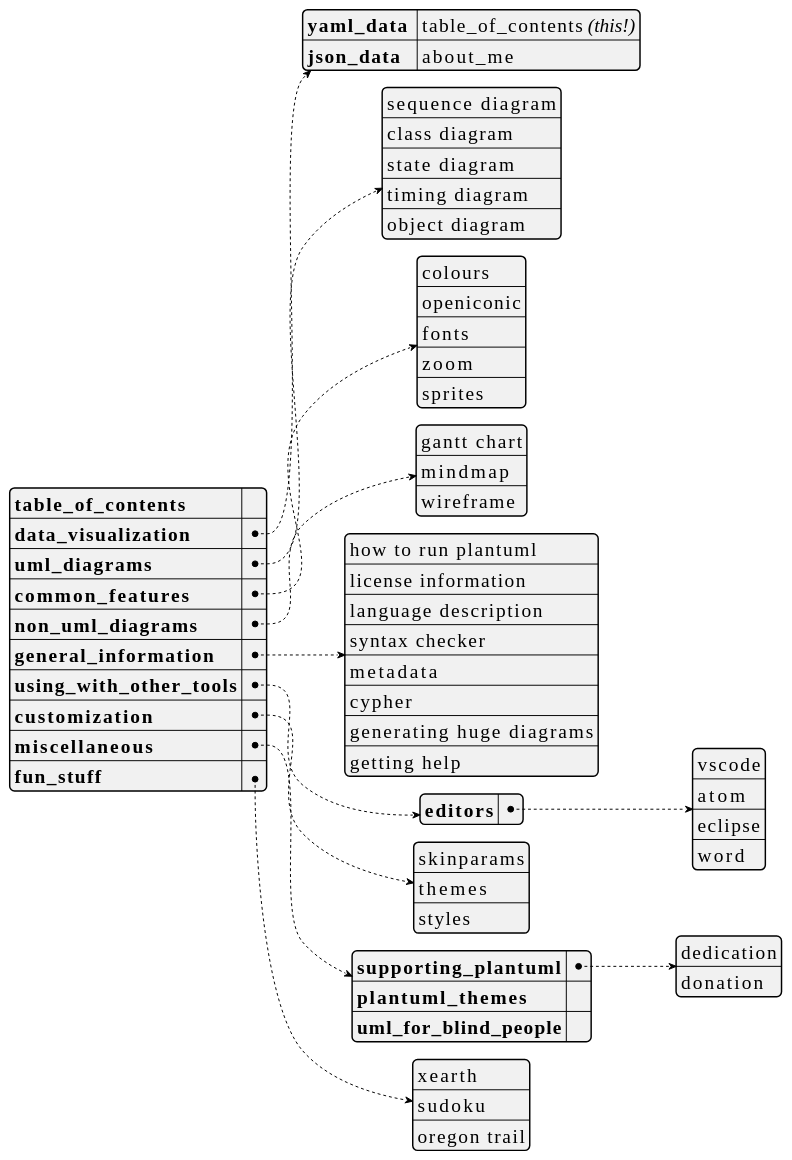
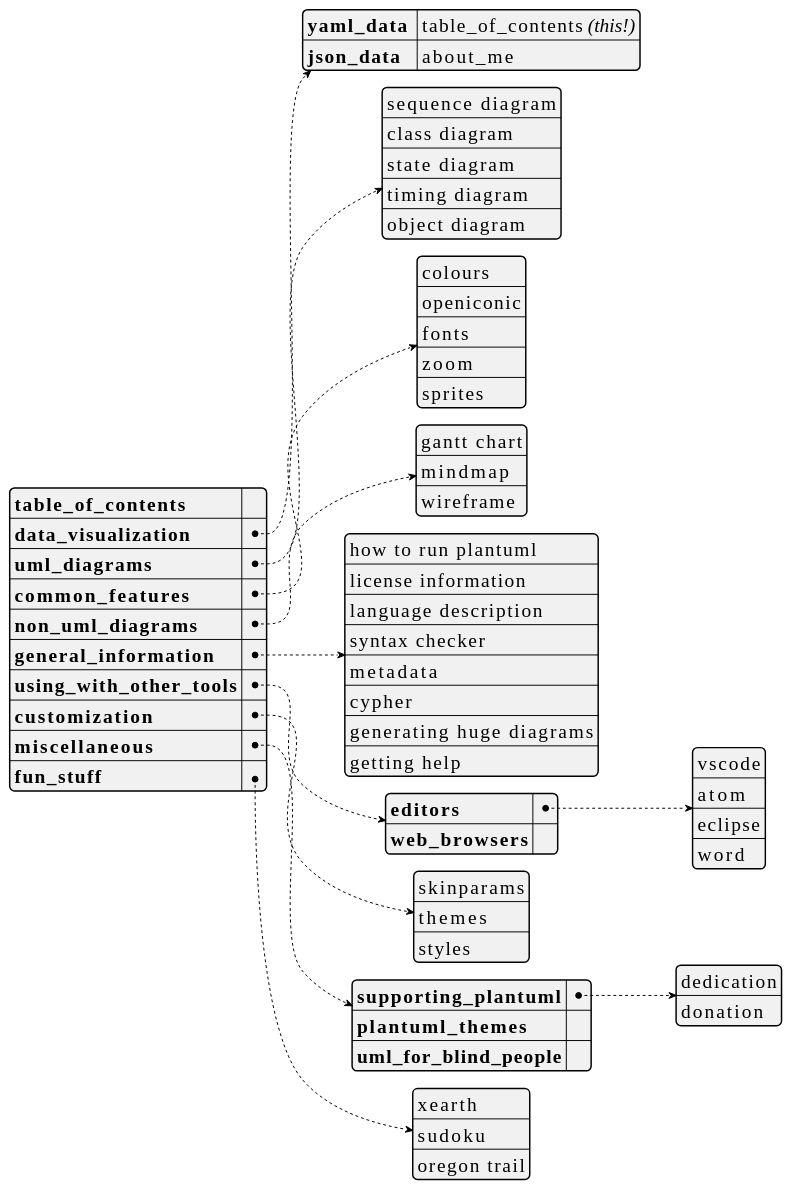
The first of 35 diagrams in plantuml_demo.md (dragondive/heavens-arena), drawn with PlantUML before and after one commit. The commit also changed other lines of this file and 1 other file, not shown here.

Commit message:
added integration: web browsers

````diff
--- a/plantuml_demo.md
+++ b/plantuml_demo.md
@@ -27,72 +27,73 @@
 ```plantuml
 @startyaml
 <style>
 yamlDiagram {
     node {
         ' use a constant width font because that's what developers do.
         FontName Consolas
         FontSize 20
     }
 }
 </style>
 
 /'TODO:
 It would be cool to hyperlink the entries in the table_of_contents to the
 respective section in the document. Not only would it further accentuate the
 [Medium Awareness](https://tvtropes.org/pmwiki/pmwiki.php/Main/MediumAwareness)
 of this yaml document, but also augment the
 [Anachronic Order](https://tvtropes.org/pmwiki/pmwiki.php/Main/AnachronicOrder)
 of the outer markdown document.
 '/
 
 **table_of_contents**: ""  /' workaround: empty string here to avoid dummy link '/
 data_visualization:
     yaml_data : table_of_contents //(this!)//
     json_data : about_me
 uml_diagrams:
     - sequence diagram
     - class diagram
     - state diagram
     - timing diagram
     - object diagram
 common_features:
     - colours
     - openiconic
     - fonts
     - zoom
     - sprites
 non_uml_diagrams:
     - gantt chart
     - mindmap
     - wireframe
 general_information:
     - how to run plantuml
     - license information
     - language description
     - syntax checker
     - metadata
     - cypher
     - generating huge diagrams
     - getting help
 using_with_other_tools:
     editors:
         - vscode
         - atom
         - eclipse
         - word
+    web_browsers: ""
 customization:
     - skinparams
     - themes
     - styles
 miscellaneous:
     supporting_plantuml:
         - dedication
         - donation
     plantuml_themes: ""
     uml_for_blind_people: ""
 fun_stuff:
     - xearth
     - sudoku
     - oregon trail
 @endyaml
 ```
````
